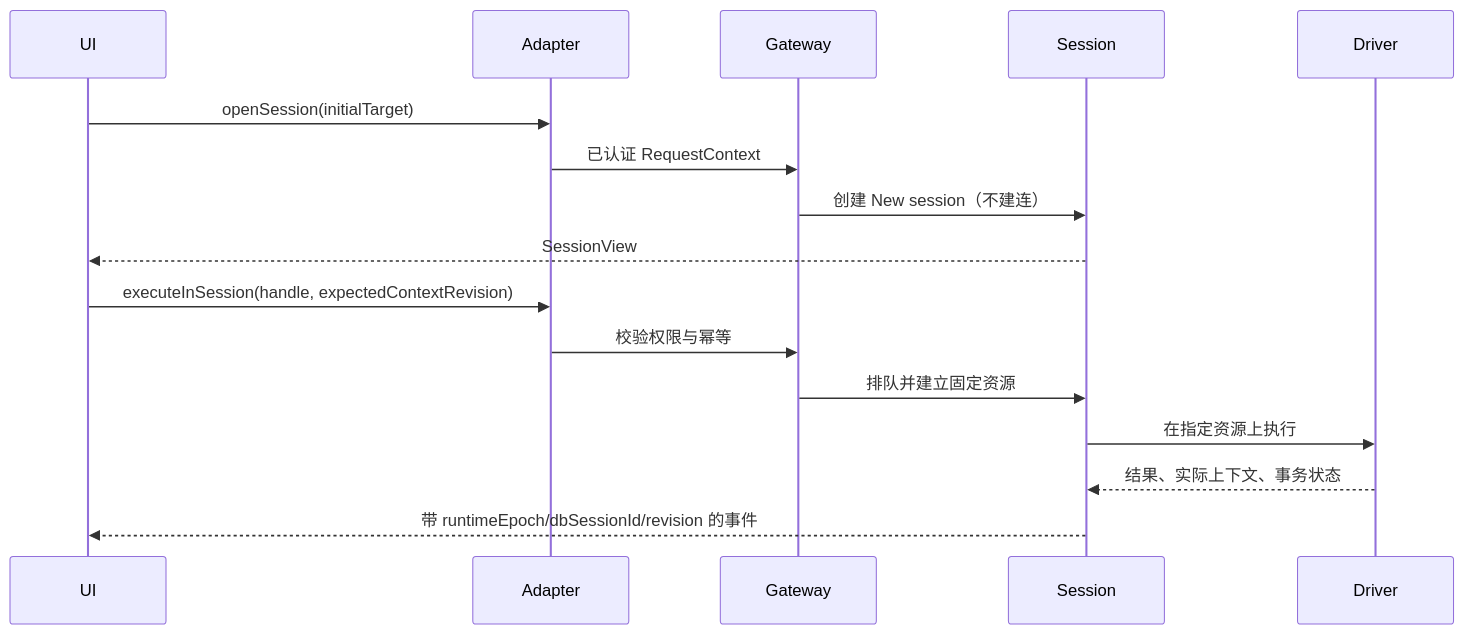
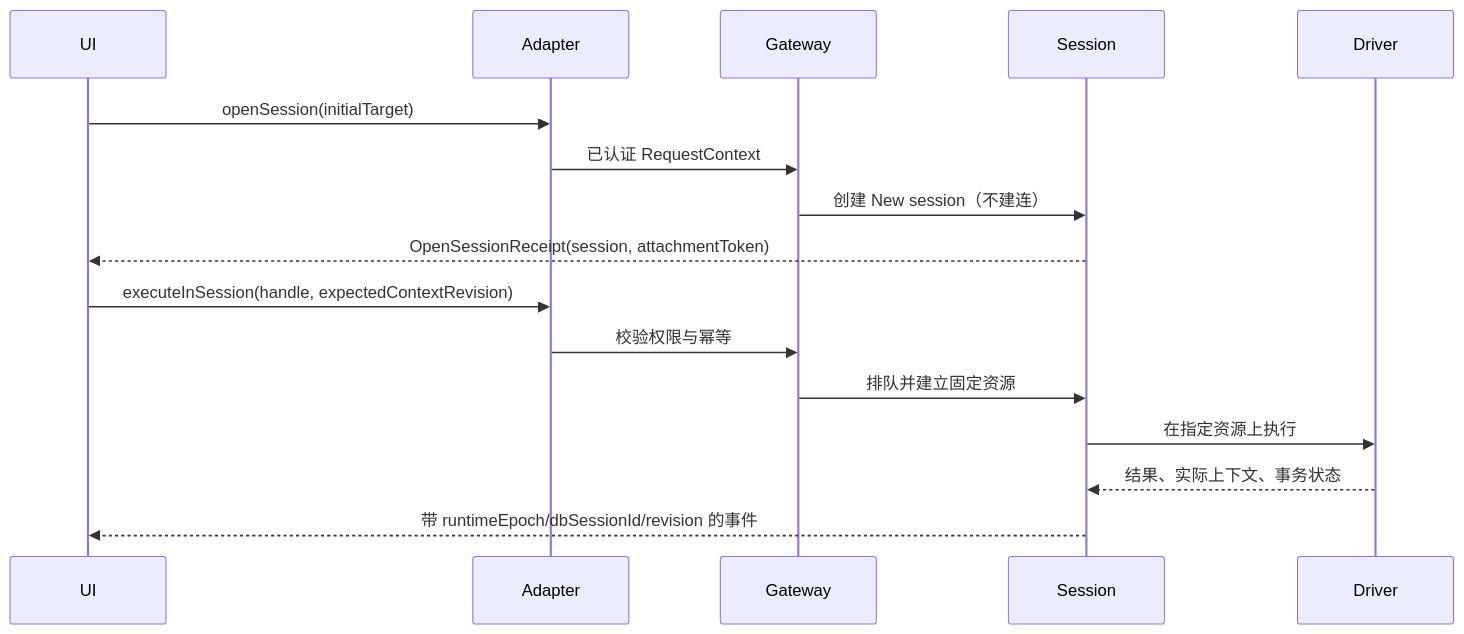
Before and after one commit to flyxl/datazen: the second of 2 diagrams in docs/architecture/platform/system-overview.md, drawn with Mermaid. The commit also changed other lines of this file and 3 other files, not shown here.

````diff
--- a/docs/architecture/platform/system-overview.md
+++ b/docs/architecture/platform/system-overview.md
@@ -223,18 +265,18 @@
 ```mermaid
 sequenceDiagram
     participant UI
     participant Adapter
     participant Gateway
     participant Session
     participant Driver
     UI->>Adapter: openSession(initialTarget)
     Adapter->>Gateway: 已认证 RequestContext
     Gateway->>Session: 创建 New session（不建连）
-    Session-->>UI: SessionView
+    Session-->>UI: OpenSessionReceipt(session, attachmentToken)
     UI->>Adapter: executeInSession(handle, expectedContextRevision)
     Adapter->>Gateway: 校验权限与幂等
     Gateway->>Session: 排队并建立固定资源
     Session->>Driver: 在指定资源上执行
     Driver-->>Session: 结果、实际上下文、事务状态
     Session-->>UI: 带 runtimeEpoch/dbSessionId/revision 的事件
 ```
````
